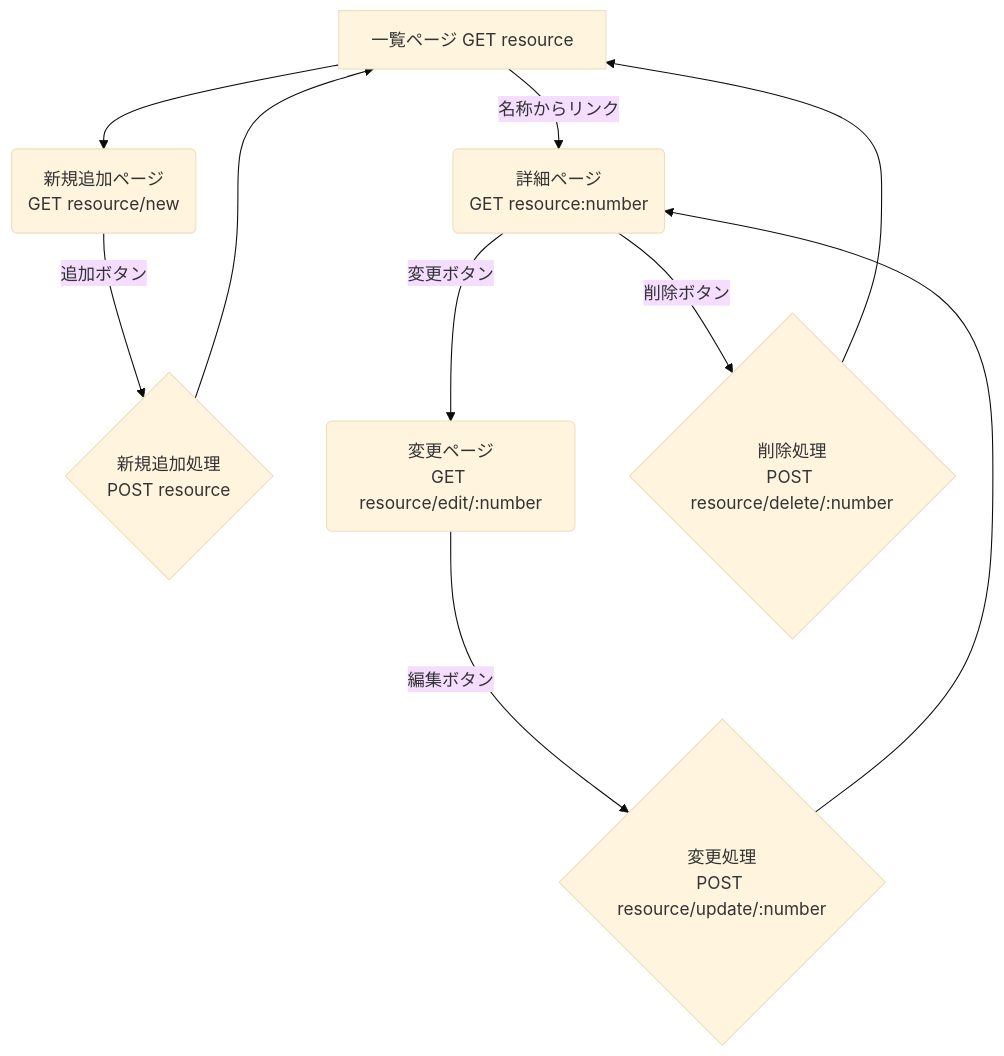
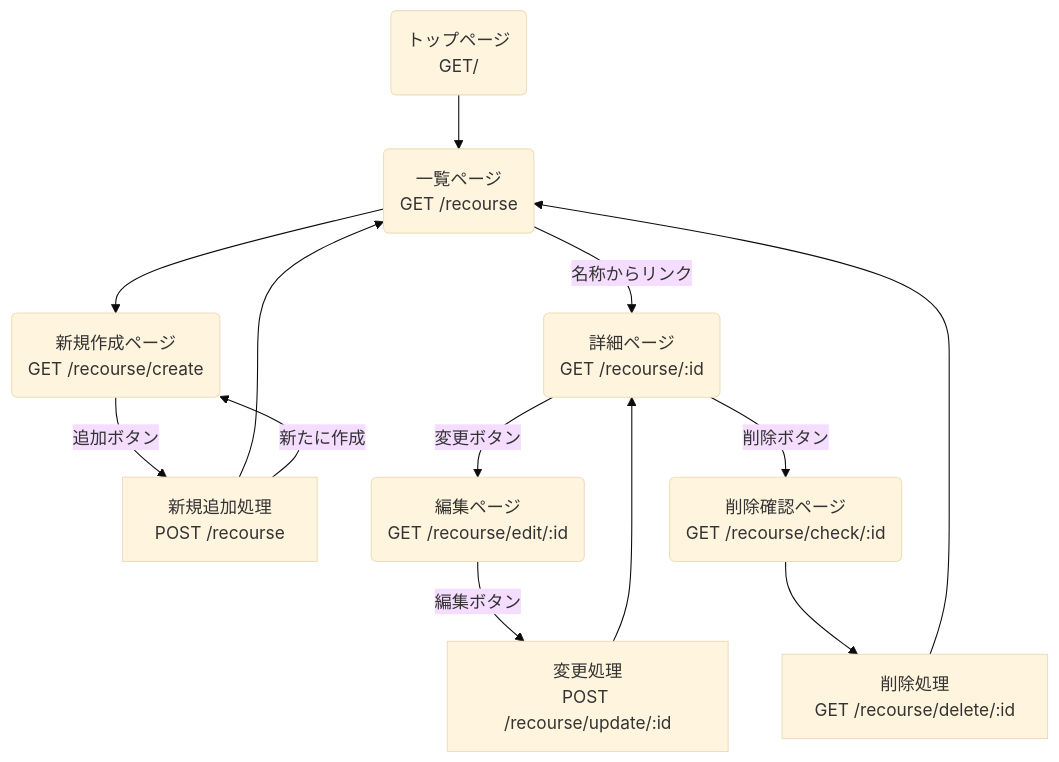
One commit to crab2424/webpro_submit changed the diagram in document/fig/mermaid/flowchart.md. Above: the diagram before and after it, drawn with Mermaid (base theme). The commit also changed 7 other files, not shown here.

````diff
--- a/document/fig/mermaid/flowchart.md
+++ b/document/fig/mermaid/flowchart.md
@@ -1,15 +1,21 @@
 ```mermaid
 graph TD
-    A[一覧ページ GET resource] --> |名称からリンク|B(詳細ページ<br>GET resource:number);
-    A --> C(新規追加ページ<br>GET resource/new);
+    L(トップページ<br>GET/);
+    L --> A(一覧ページ<br>GET /recourse) --> |名称からリンク|B(詳細ページ<br>GET /recourse/:id);
+    A --> C(新規作成ページ<br>GET /recourse/create);
 
-    C --> |追加ボタン|D{新規追加処理<br>POST resource};
+    C --> |追加ボタン|D[新規追加処理<br>POST /recourse];
     D --> A;
+    D --> |新たに作成|C;
 
-    B --> |変更ボタン|E(変更ページ<br>GET resource/edit/:number);
-    B --> |削除ボタン|F{削除処理<br>POST resource/delete/:number};
+    B --> |変更ボタン|E(編集ページ<br>GET /recourse/edit/:id);
+    B --> |削除ボタン|F(削除確認ページ<br>GET /recourse/check/:id);
 
-    E --> |編集ボタン|G{変更処理<br>POST resource/update/:number};
+    E --> |編集ボタン|G[変更処理<br>POST /recourse/update/:id];
+    F --> H[削除処理<br>GET /recourse/delete/:id];
+
     G --> B;
-    F --> A;
+    H --> A;
+
+
 ```
````
